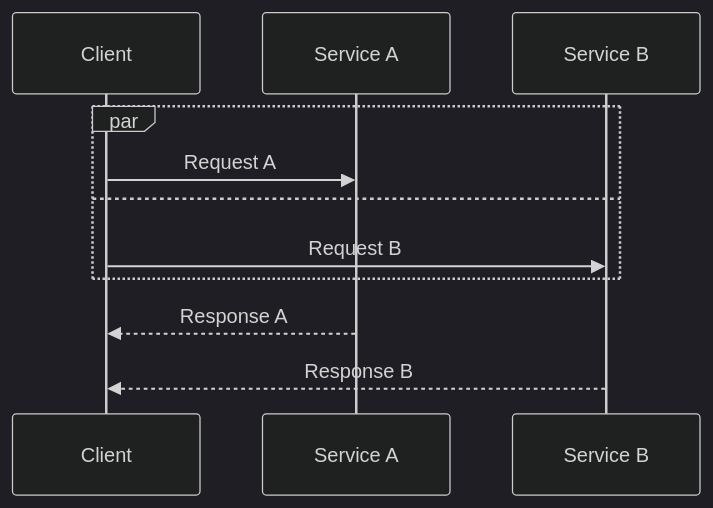
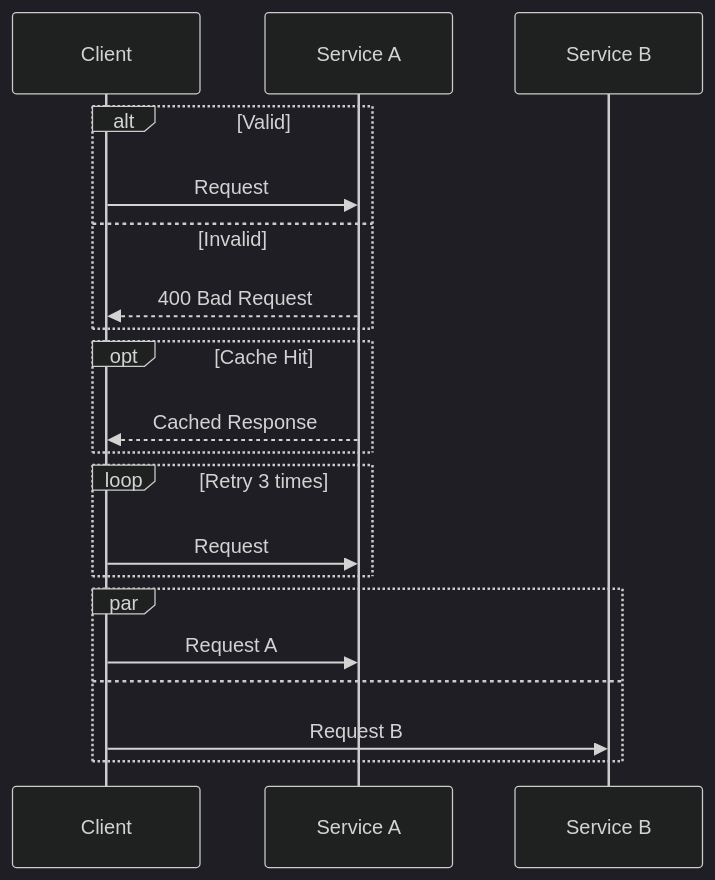
The third of 4 diagrams in plugins/mermaid/skills/diagram/references/sequence.md (bendrucker/claude), drawn with Mermaid (dark theme) before and after one commit. The commit also changed other lines of this file and 73 other files, not shown here.

````diff
--- a/plugins/mermaid/skills/diagram/references/sequence.md
+++ b/plugins/mermaid/skills/diagram/references/sequence.md
@@ -104,14 +45,26 @@
 ```mermaid
 sequenceDiagram
     participant C as Client
     participant A as Service A
     participant B as Service B
 
+    alt Valid
+        C->>A: Request
+    else Invalid
+        A-->>C: 400 Bad Request
+    end
+
+    opt Cache Hit
+        A-->>C: Cached Response
+    end
+
+    loop Retry 3 times
+        C->>A: Request
+    end
+
     par
         C->>A: Request A
     and
         C->>B: Request B
     end
-    A-->>C: Response A
-    B-->>C: Response B
 ```
````
